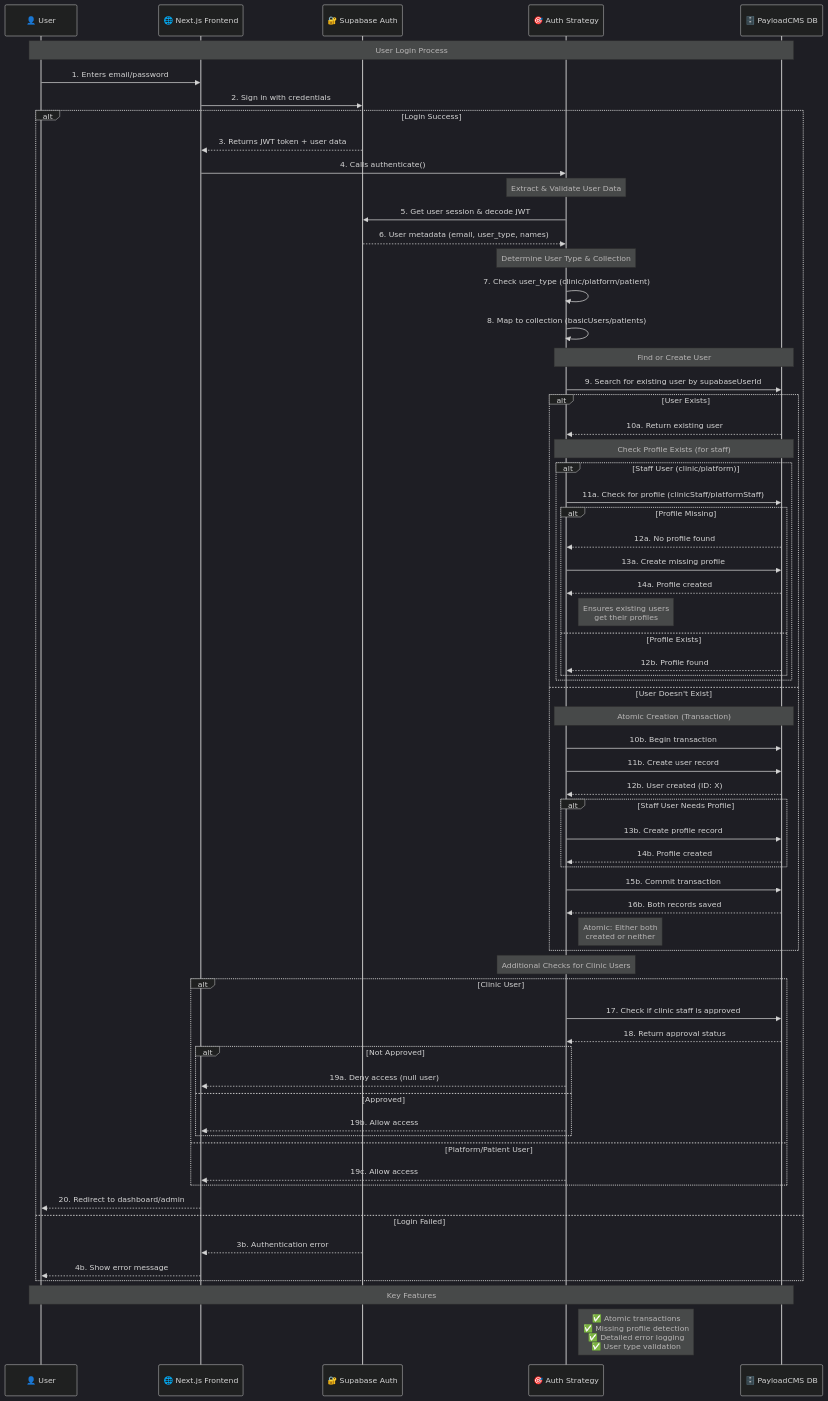
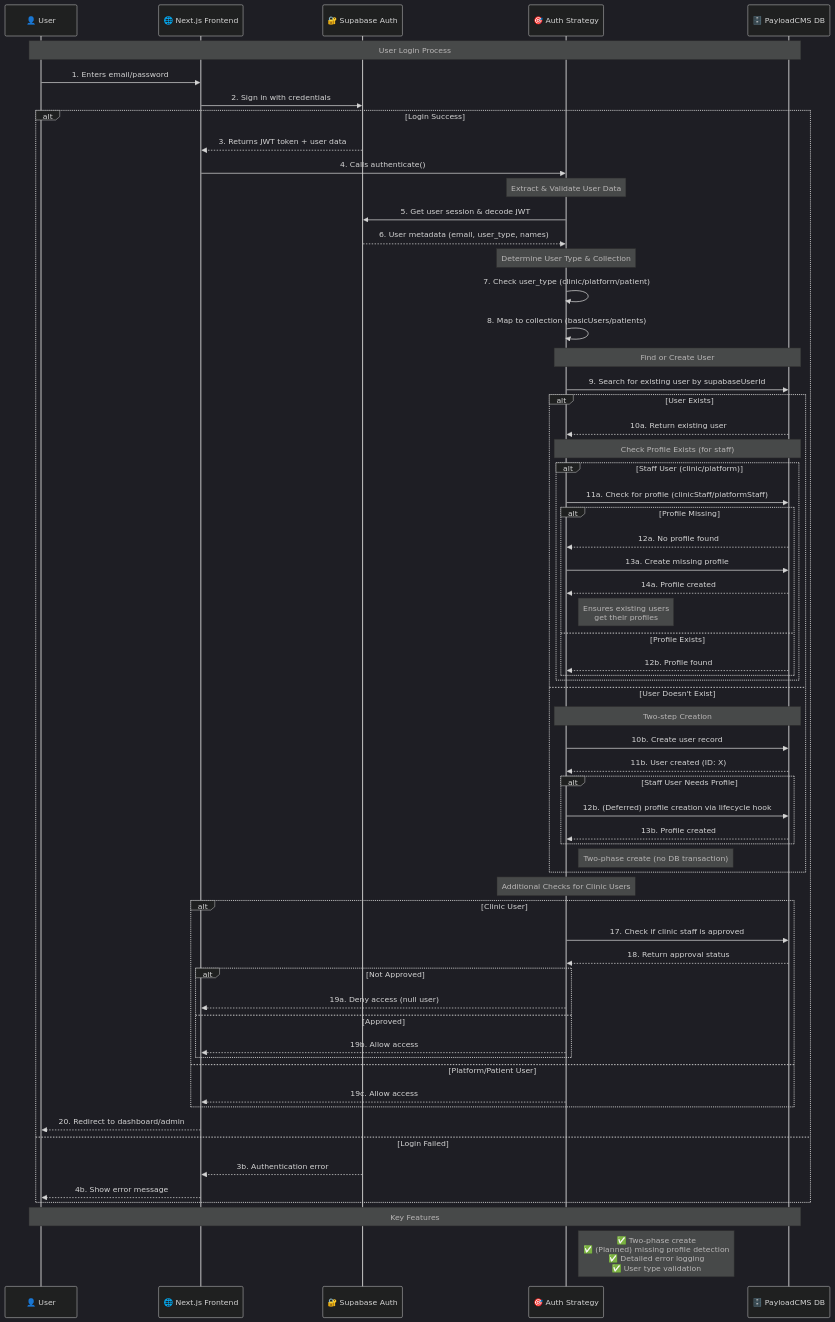
Before and after one commit to findmydoc-platform/website: the diagram in docs/security/auth-flow-diagram.md, drawn with Mermaid (dark theme). The commit also changed other lines of this file and 29 other files, not shown here.

````diff
--- a/docs/security/auth-flow-diagram.md
+++ b/docs/security/auth-flow-diagram.md
@@ -48,19 +48,15 @@
             end
             
         else User Doesn't Exist
-            Note over Strategy, PayloadDB: Atomic Creation (Transaction)
-            Strategy->>PayloadDB: 10b. Begin transaction
-            Strategy->>PayloadDB: 11b. Create user record
-            PayloadDB-->>Strategy: 12b. User created (ID: X)
-            
+            Note over Strategy, PayloadDB: Two-step Creation
+            %% Transaction removed – user created first, profile via hook/secondary step
+            Strategy->>PayloadDB: 10b. Create user record
+            PayloadDB-->>Strategy: 11b. User created (ID: X)
             alt Staff User Needs Profile
-                Strategy->>PayloadDB: 13b. Create profile record
-                PayloadDB-->>Strategy: 14b. Profile created
+                Strategy->>PayloadDB: 12b. (Deferred) profile creation via lifecycle hook
+                PayloadDB-->>Strategy: 13b. Profile created
             end
-            
-            Strategy->>PayloadDB: 15b. Commit transaction
-            PayloadDB-->>Strategy: 16b. Both records saved
-            Note right of Strategy: Atomic: Either both<br/>created or neither
+            Note right of Strategy: Two-phase create (no DB transaction)
         end
         
         Note over Strategy: Additional Checks for Clinic Users
@@ -85,5 +81,5 @@
     end
 
     Note over User, PayloadDB: Key Features
-    Note right of Strategy: ✅ Atomic transactions<br/>✅ Missing profile detection<br/>✅ Detailed error logging<br/>✅ User type validation
+    Note right of Strategy: ✅ Two-phase create<br/>✅ (Planned) missing profile detection<br/>✅ Detailed error logging<br/>✅ User type validation
 ```
````
